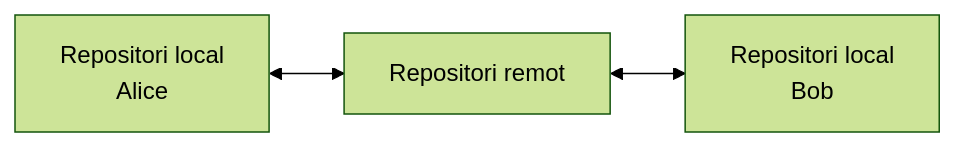
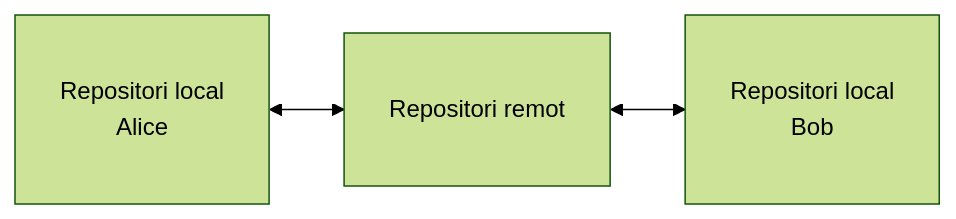
One commit to Curs0-EPS-UdL/2627 changed the second of 3 diagrams in teoria/04-version-control.qmd. Above: the diagram before and after it, drawn with Mermaid (forest theme). The commit also changed other lines of this file and 4 other files, not shown here.

````diff
--- a/teoria/04-version-control.qmd
+++ b/teoria/04-version-control.qmd
@@ -1194,9 +1214,11 @@
 ```{mermaid}
 flowchart LR
-    A["Repositori local<br/>Alice"]
-    B["Repositori remot"]
-    C["Repositori local<br/>Bob"]
+    A["Repositori local<br/>Alice"]:::wide
+    B["Repositori remot"]:::wide
+    C["Repositori local<br/>Bob"]:::wide
 
     A <--> B
     B <--> C
+
+    classDef wide padding:100px
 ```
````
